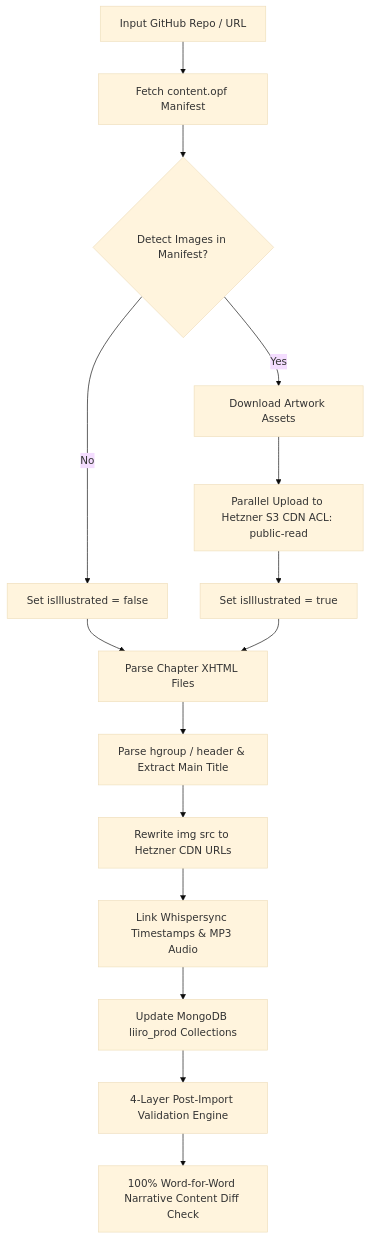
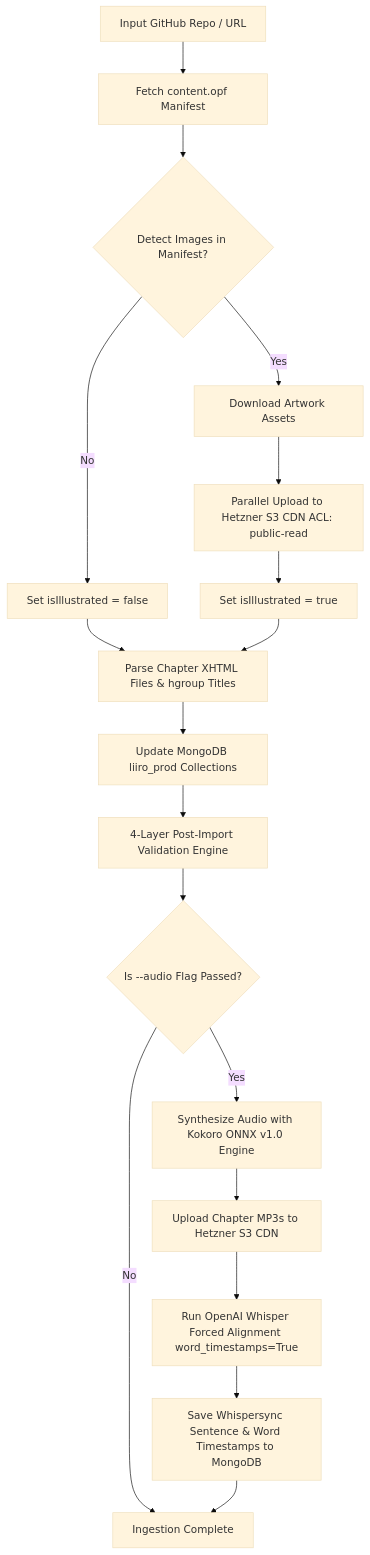
The diagram in backend/docs/STANDARD_EBOOKS_INGESTION_GUIDE.md (AiOpsCamp/liiro-ebook), drawn with Mermaid (base theme) before and after one commit. The commit also changed other lines of this file, not shown here.

Commit message:
Updated ingestion documentation with audio pipeline commands

````diff
--- a/backend/docs/STANDARD_EBOOKS_INGESTION_GUIDE.md
+++ b/backend/docs/STANDARD_EBOOKS_INGESTION_GUIDE.md
@@ -54,17 +53,20 @@
 ```mermaid
 flowchart TD
     A[Input GitHub Repo / URL] --> B[Fetch content.opf Manifest]
     B --> C{Detect Images in Manifest?}
     C -- Yes --> D[Download Artwork Assets]
     D --> E[Parallel Upload to Hetzner S3 CDN ACL: public-read]
     C -- No --> F[Set isIllustrated = false]
     E --> G[Set isIllustrated = true]
-    F --> H[Parse Chapter XHTML Files]
+    F --> H[Parse Chapter XHTML Files & hgroup Titles]
     G --> H
-    H --> I[Parse hgroup / header & Extract Main Title]
-    I --> J[Rewrite img src to Hetzner CDN URLs]
-    J --> K[Link Whispersync Timestamps & MP3 Audio]
-    K --> L[Update MongoDB liiro_prod Collections]
-    L --> M[4-Layer Post-Import Validation Engine]
-    M --> N[100% Word-for-Word Narrative Content Diff Check]
+    H --> I[Update MongoDB liiro_prod Collections]
+    I --> J[4-Layer Post-Import Validation Engine]
+    J --> K{Is --audio Flag Passed?}
+    K -- Yes --> L[Synthesize Audio with Kokoro ONNX v1.0 Engine]
+    L --> M[Upload Chapter MP3s to Hetzner S3 CDN]
+    M --> N[Run OpenAI Whisper Forced Alignment word_timestamps=True]
+    N --> O[Save Whispersync Sentence & Word Timestamps to MongoDB]
+    K -- No --> P[Ingestion Complete]
+    O --> P
 ```
````
